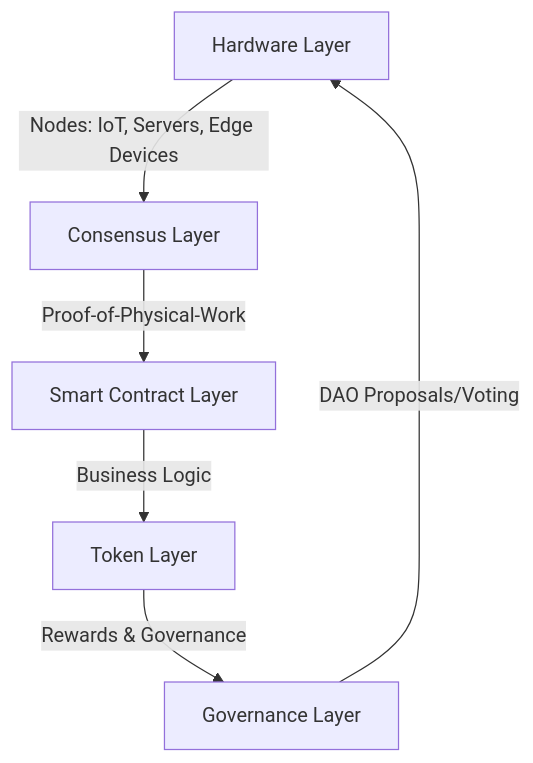
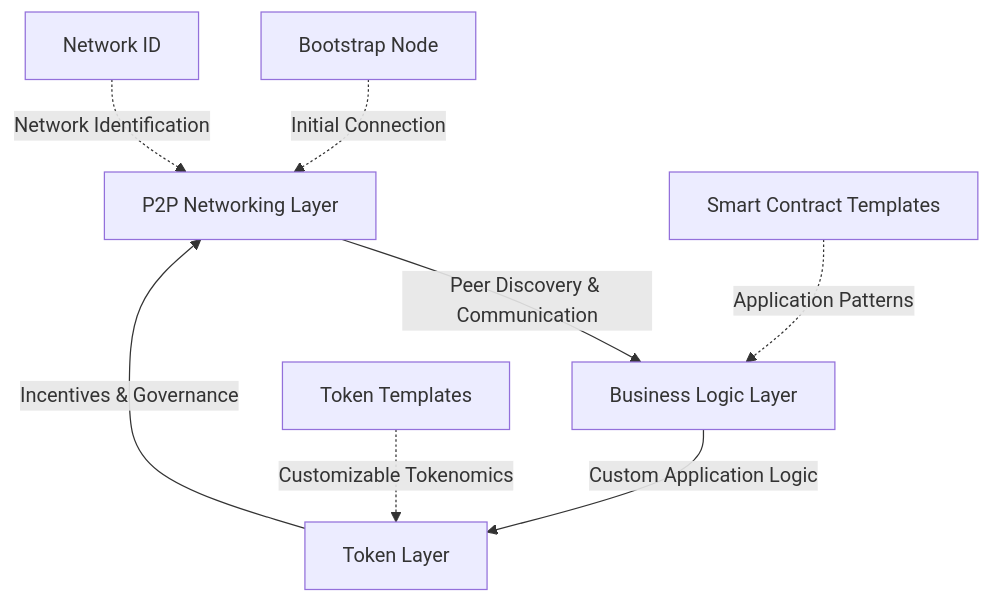
One commit to amschel99/Mesh changed the first of 9 diagrams in paper.md. Above: the diagram before and after it, drawn with Mermaid. The commit also changed other lines of this file, not shown here.

````diff
--- a/paper.md
+++ b/paper.md
@@ -23,8 +37,11 @@
 ```mermaid
 graph TD
-    A[Hardware Layer] -->|Nodes: IoT, Servers, Edge Devices| B
-    B[Consensus Layer] -->|Proof-of-Physical-Work| C
-    C[Smart Contract Layer] -->|Business Logic| D
-    D[Token Layer] -->|Rewards & Governance| E
-    E[Governance Layer] -->|DAO Proposals/Voting| A
+    A[P2P Networking Layer] -->|Peer Discovery & Communication| B[Business Logic Layer]
+    B -->|Custom Application Logic| C[Token Layer]
+    C -->|Incentives & Governance| A
+
+    D[Bootstrap Node] -.->|Initial Connection| A
+    E[Network ID] -.->|Network Identification| A
+    F[Smart Contract Templates] -.->|Application Patterns| B
+    G[Token Templates] -.->|Customizable Tokenomics| C
 ```
````
